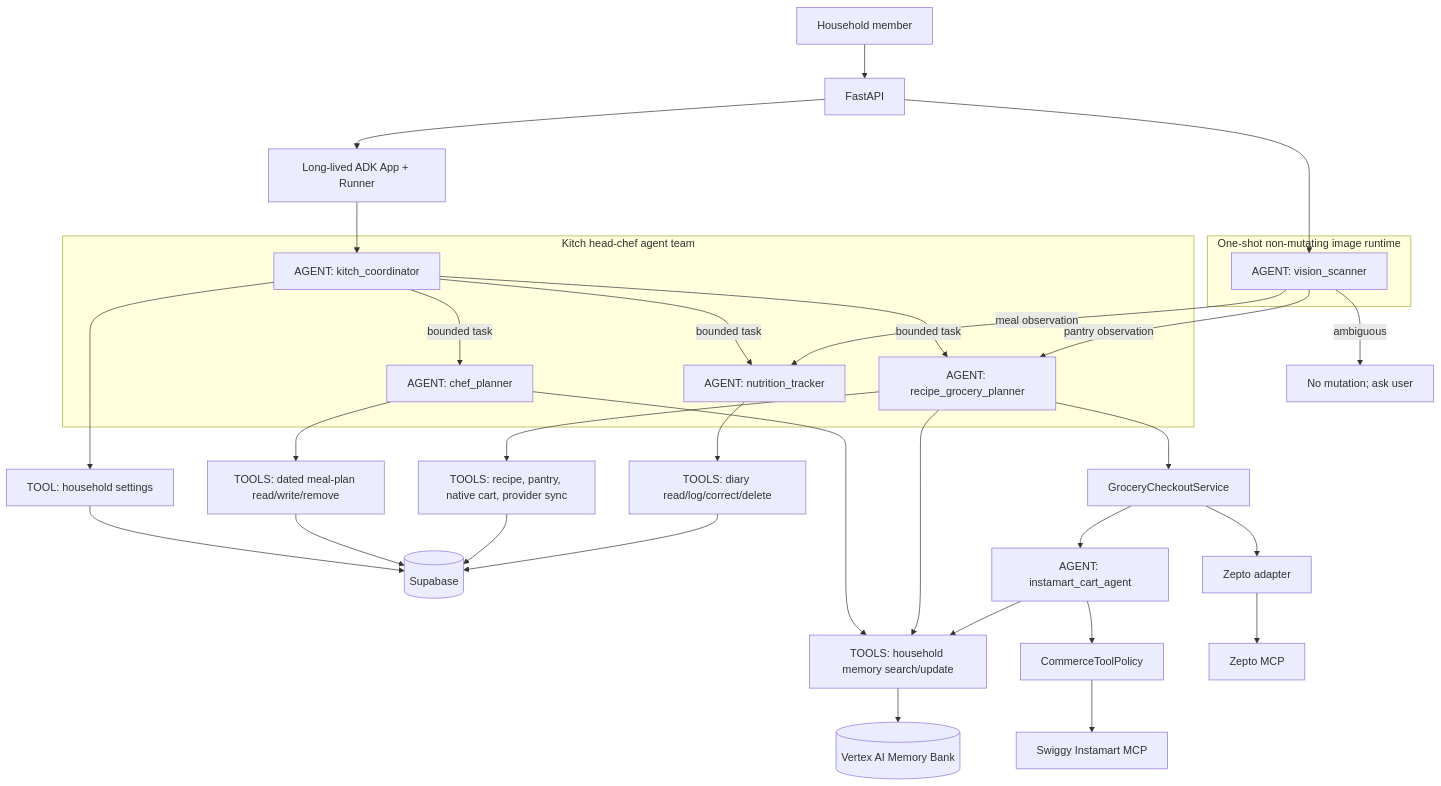
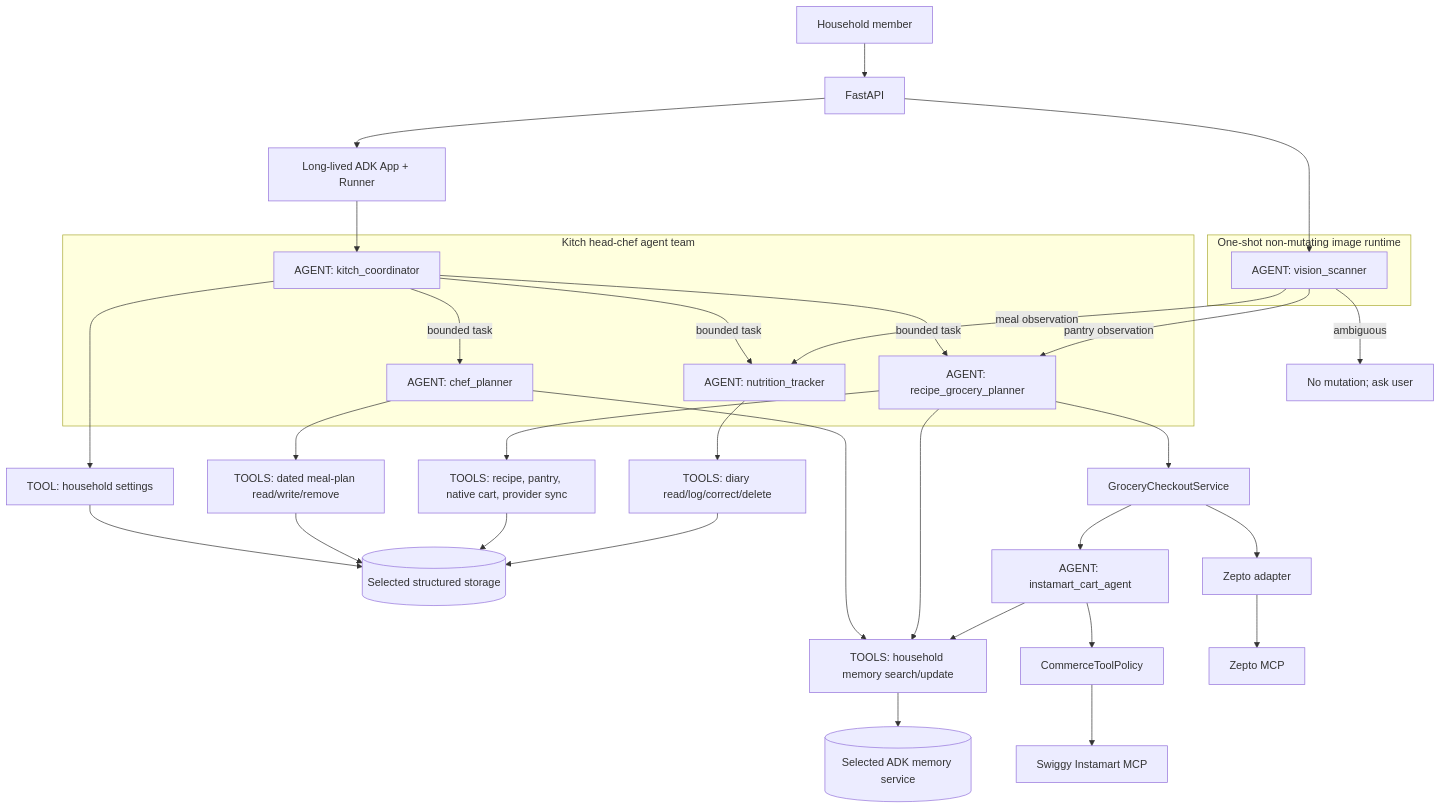
The diagram in docs/ai_agent_topology.md (architworks/meal_and_grocery_agent), drawn with Mermaid before and after one commit. The commit also changed other lines of this file and 34 other files, not shown here.

````diff
--- a/docs/ai_agent_topology.md
+++ b/docs/ai_agent_topology.md
@@ -7,40 +7,40 @@
 ```mermaid
 flowchart TB
     User[Household member] --> API[FastAPI]
     API --> MainRunner[Long-lived ADK App + Runner]
     subgraph Team[Kitch head-chef agent team]
         Coordinator[AGENT: kitch_coordinator]
         Chef[AGENT: chef_planner]
         Recipe[AGENT: recipe_grocery_planner]
         Nutrition[AGENT: nutrition_tracker]
         Coordinator -->|bounded task| Chef
         Coordinator -->|bounded task| Recipe
         Coordinator -->|bounded task| Nutrition
     end
     MainRunner --> Coordinator
     Coordinator --> Settings[TOOL: household settings]
     Chef --> MealTools[TOOLS: dated meal-plan read/write/remove]
     Recipe --> KitchenTools[TOOLS: recipe, pantry, native cart, provider sync]
     Nutrition --> NutritionTools[TOOLS: diary read/log/correct/delete]
-    Settings --> Supabase[(Supabase)]
-    MealTools --> Supabase
-    KitchenTools --> Supabase
-    NutritionTools --> Supabase
+    Settings --> Storage[(Selected structured storage)]
+    MealTools --> Storage
+    KitchenTools --> Storage
+    NutritionTools --> Storage
     Chef --> MemoryTools[TOOLS: household memory search/update]
     Recipe --> MemoryTools
-    MemoryTools --> Memory[(Vertex AI Memory Bank)]
+    MemoryTools --> Memory[(Selected ADK memory service)]
     subgraph VisionRuntime[One-shot non-mutating image runtime]
         Vision[AGENT: vision_scanner]
     end
     API --> Vision
     Vision -->|meal observation| Nutrition
     Vision -->|pantry observation| Recipe
     Vision -->|ambiguous| Clarify[No mutation; ask user]
     Recipe --> Checkout[GroceryCheckoutService]
     Checkout --> InstamartAgent[AGENT: instamart_cart_agent]
     InstamartAgent --> MemoryTools
     InstamartAgent --> Policy[CommerceToolPolicy]
     Policy --> InstamartMCP[Swiggy Instamart MCP]
     Checkout --> ZeptoAdapter[Zepto adapter]
     ZeptoAdapter --> ZeptoMCP[Zepto MCP]
 ```
````
